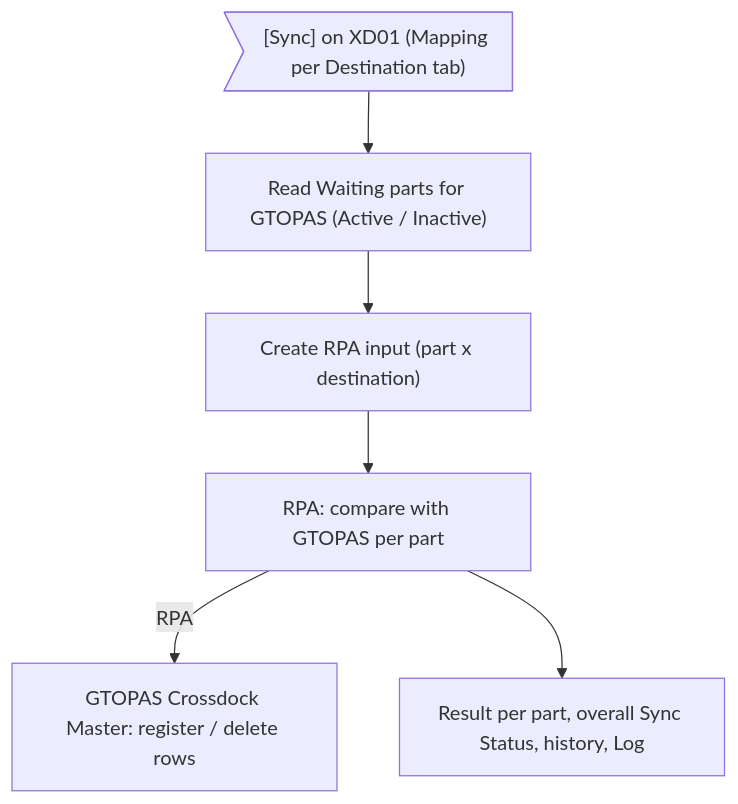
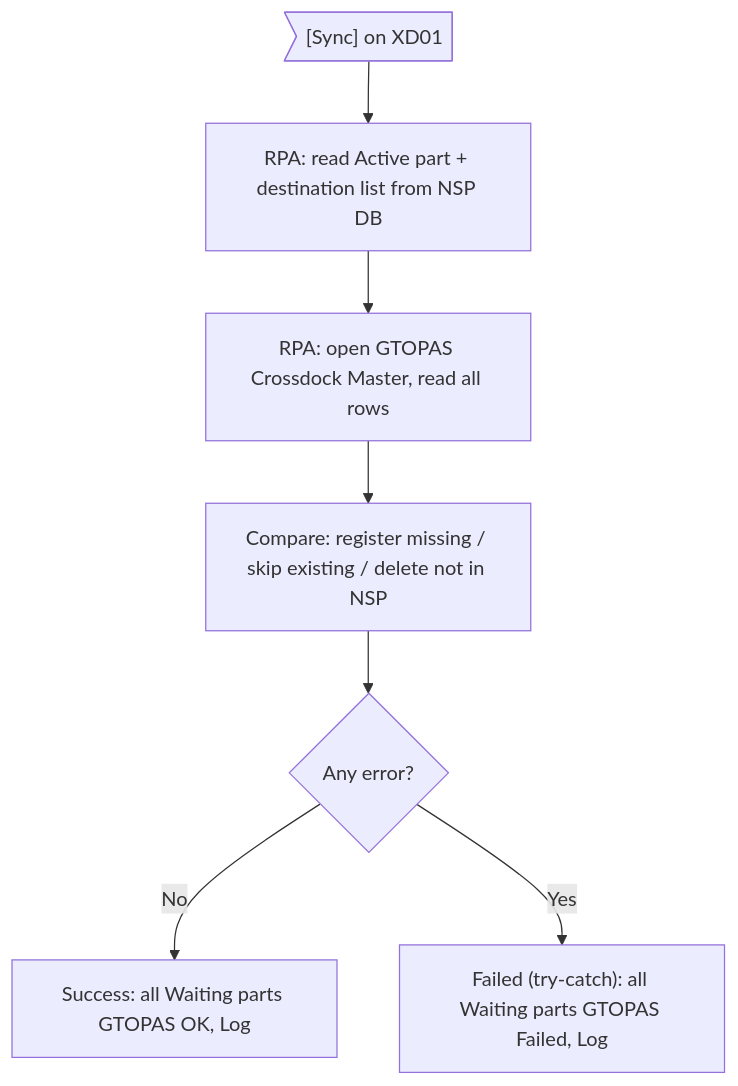
The first of 2 diagrams in prepare_code/uiss/XD06_Batch_IFCrossDockMasterToGTOPAS.md (ivanrayhannn/crossdockpoc), drawn with Mermaid before and after one commit. The commit also changed other lines of this file and 34 other files, not shown here.

First line of the commit message:
XD06 revision (11-Nov): RPA only, full compare with GTOPAS Crossdock Master, try-catch

````diff
--- a/prepare_code/uiss/XD06_Batch_IFCrossDockMasterToGTOPAS.md
+++ b/prepare_code/uiss/XD06_Batch_IFCrossDockMasterToGTOPAS.md
@@ -26,14 +26,16 @@
 ```mermaid
 flowchart TB
-  a>"[Sync] on XD01 (Mapping per Destination tab)"]
-  b["Read Waiting parts for GTOPAS (Active / Inactive)"]
-  c["Create RPA input (part x destination)"]
-  e["RPA: compare with GTOPAS per part"]
-  t["GTOPAS Crossdock Master: register / delete rows"]
-  f["Result per part, overall Sync Status, history, Log"]
+  a>"[Sync] on XD01"]
+  b["RPA: read Active part + destination list from NSP DB"]
+  c["RPA: open GTOPAS Crossdock Master, read all rows"]
+  d["Compare: register missing / skip existing / delete not in NSP"]
+  e{"Any error?"}
+  f["Success: all Waiting parts GTOPAS OK, Log"]
+  h["Failed (try-catch): all Waiting parts GTOPAS Failed, Log"]
   a --> b
   b --> c
-  c --> e
-  e -->|RPA| t
-  e --> f
+  c --> d
+  d --> e
+  e -->|No| f
+  e -->|Yes| h
 ```
````
